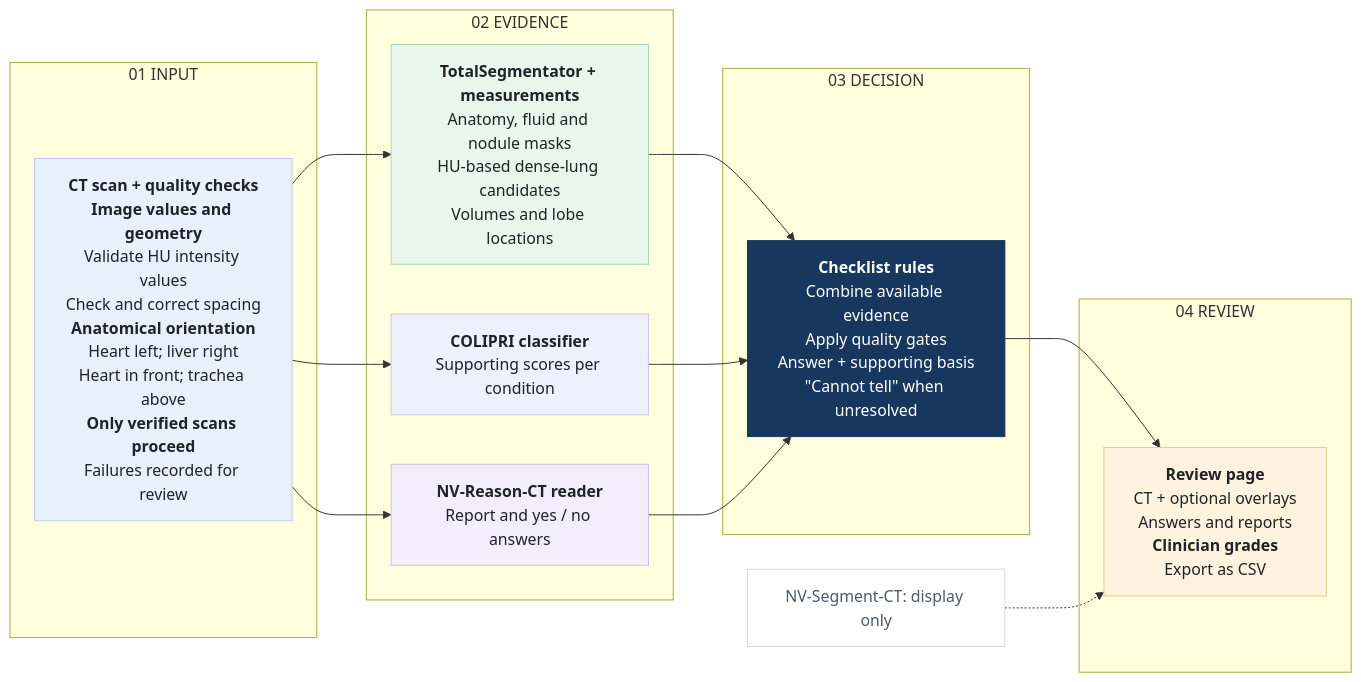
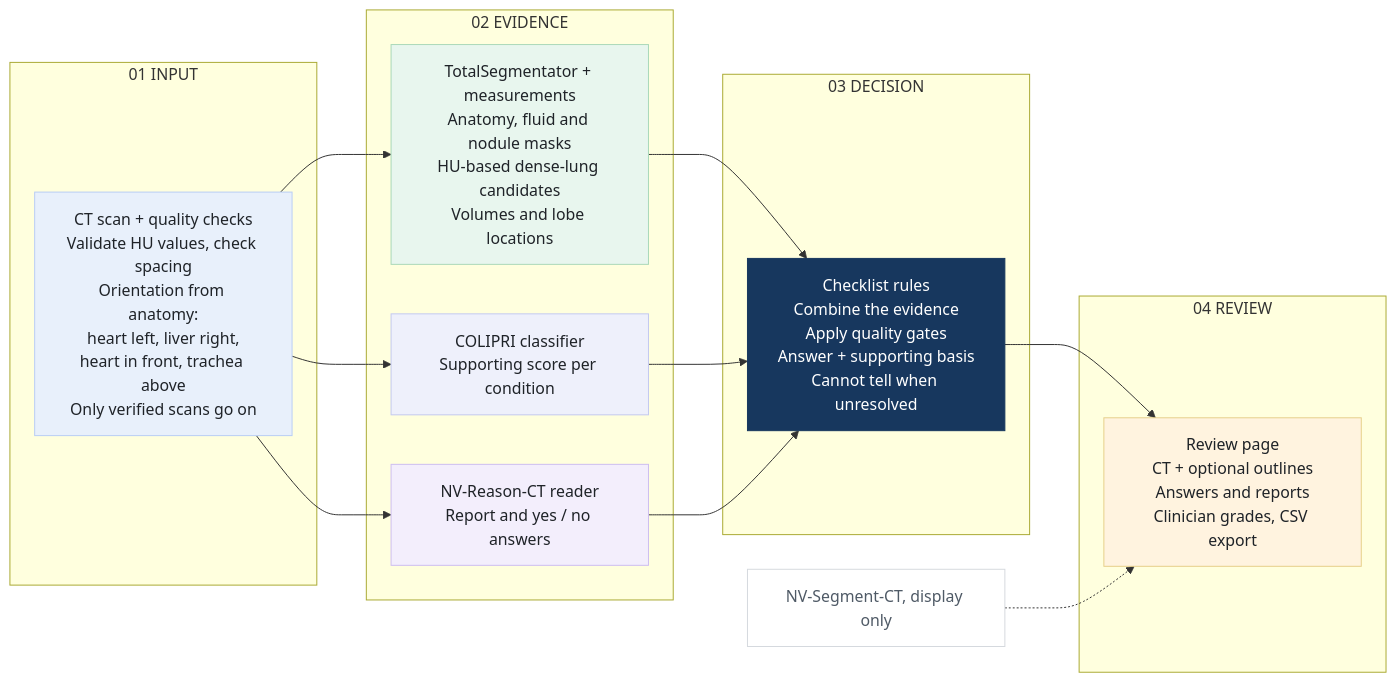
One commit to vaniinfo/lung_ct changed the diagram in README.md. Above: the diagram before and after it, drawn with Mermaid.

Commit message:
README: simplify the flow diagram so GitHub can render it
Removes the bold tags, the HTML entity and the semicolons from the Mermaid labels, and writes each arrow on its own line.

````diff
--- a/README.md
+++ b/README.md
@@ -26,28 +26,32 @@
 ```mermaid
 flowchart LR
-  subgraph S1["01 INPUT"]
-    A["<b>CT scan + quality checks</b><br/><b>Image values and geometry</b><br/>Validate HU intensity values<br/>Check and correct spacing<br/><b>Anatomical orientation</b><br/>Heart left; liver right<br/>Heart in front; trachea above<br/><b>Only verified scans proceed</b><br/>Failures recorded for review"]
+  subgraph S1 [01 INPUT]
+    A["CT scan + quality checks<br/>Validate HU values, check spacing<br/>Orientation from anatomy:<br/>heart left, liver right,<br/>heart in front, trachea above<br/>Only verified scans go on"]
   end
-  subgraph S2["02 EVIDENCE"]
-    B["<b>TotalSegmentator + measurements</b><br/>Anatomy, fluid and nodule masks<br/>HU-based dense-lung candidates<br/>Volumes and lobe locations"]
-    C["<b>COLIPRI classifier</b><br/>Supporting scores per condition"]
-    D["<b>NV-Reason-CT reader</b><br/>Report and yes / no answers"]
+  subgraph S2 [02 EVIDENCE]
+    B["TotalSegmentator + measurements<br/>Anatomy, fluid and nodule masks<br/>HU-based dense-lung candidates<br/>Volumes and lobe locations"]
+    C["COLIPRI classifier<br/>Supporting score per condition"]
+    D["NV-Reason-CT reader<br/>Report and yes / no answers"]
   end
-  subgraph S3["03 DECISION"]
-    E["<b>Checklist rules</b><br/>Combine available evidence<br/>Apply quality gates<br/>Answer + supporting basis<br/>&quot;Cannot tell&quot; when unresolved"]
+  subgraph S3 [03 DECISION]
+    E["Checklist rules<br/>Combine the evidence<br/>Apply quality gates<br/>Answer + supporting basis<br/>Cannot tell when unresolved"]
   end
-  subgraph S4["04 REVIEW"]
-    F["<b>Review page</b><br/>CT + optional overlays<br/>Answers and reports<br/><b>Clinician grades</b><br/>Export as CSV"]
+  subgraph S4 [04 REVIEW]
+    F["Review page<br/>CT + optional outlines<br/>Answers and reports<br/>Clinician grades, CSV export"]
   end
-  A --> B & C & D
-  B & C & D --> E
+  A --> B
+  A --> C
+  A --> D
+  B --> E
+  C --> E
+  D --> E
   E --> F
-  G["NV-Segment-CT: display only"] -.-> F
+  G["NV-Segment-CT, display only"] -.-> F
   style A fill:#e8f0fb,stroke:#b9cdf5,color:#1f2328
   style B fill:#e8f6ee,stroke:#a9d8b8,color:#1f2328
   style C fill:#eef0fb,stroke:#c3c9f0,color:#1f2328
   style D fill:#f3eefc,stroke:#cdbdf0,color:#1f2328
   style E fill:#17375e,stroke:#17375e,color:#ffffff
   style F fill:#fff3df,stroke:#e6cf8a,color:#1f2328
   style G fill:#ffffff,stroke:#d5d9de,color:#4f5a66
 ```
````
